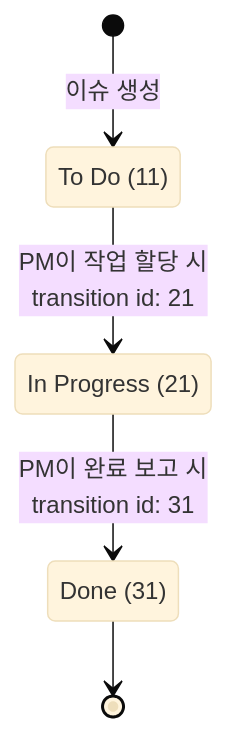
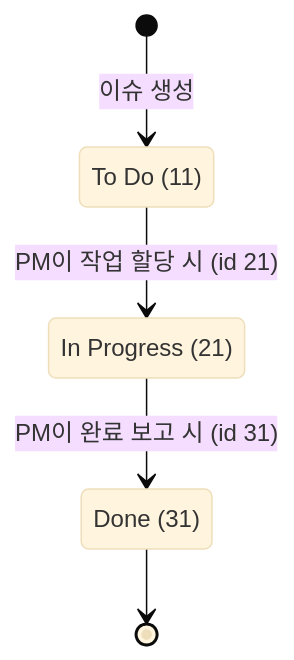
Before and after one commit to k82022603/hybrid-rag-knowledge-ops: the third of 5 diagrams in docs/09_PM_중심_워크플로우_가이드.md, drawn with Mermaid (base theme). The commit also changed 13 other files, not shown here.

````diff
--- a/docs/09_PM_중심_워크플로우_가이드.md
+++ b/docs/09_PM_중심_워크플로우_가이드.md
@@ -165,11 +165,11 @@
 ```mermaid
 stateDiagram-v2
     [*] --> ToDo: 이슈 생성
-    ToDo --> InProgress: PM이 작업 할당 시<br/>transition id: 21
-    InProgress --> Done: PM이 완료 보고 시<br/>transition id: 31
+    ToDo --> InProgress: PM이 작업 할당 시 (id 21)
+    InProgress --> Done: PM이 완료 보고 시 (id 31)
     Done --> [*]
 
     ToDo: To Do (11)
     InProgress: In Progress (21)
     Done: Done (31)
 ```
````
